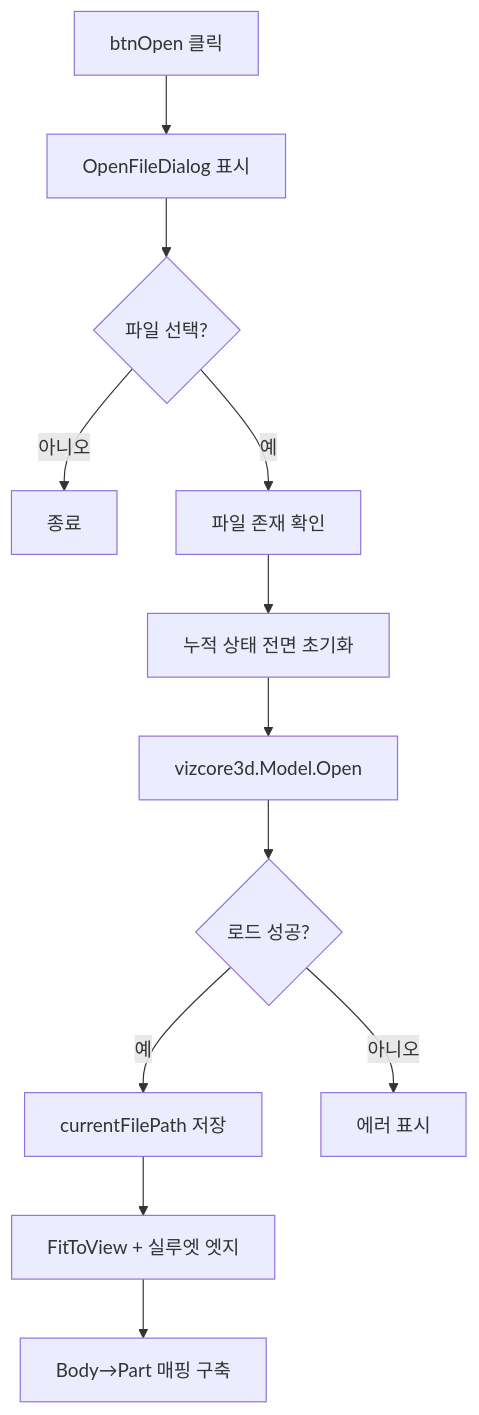
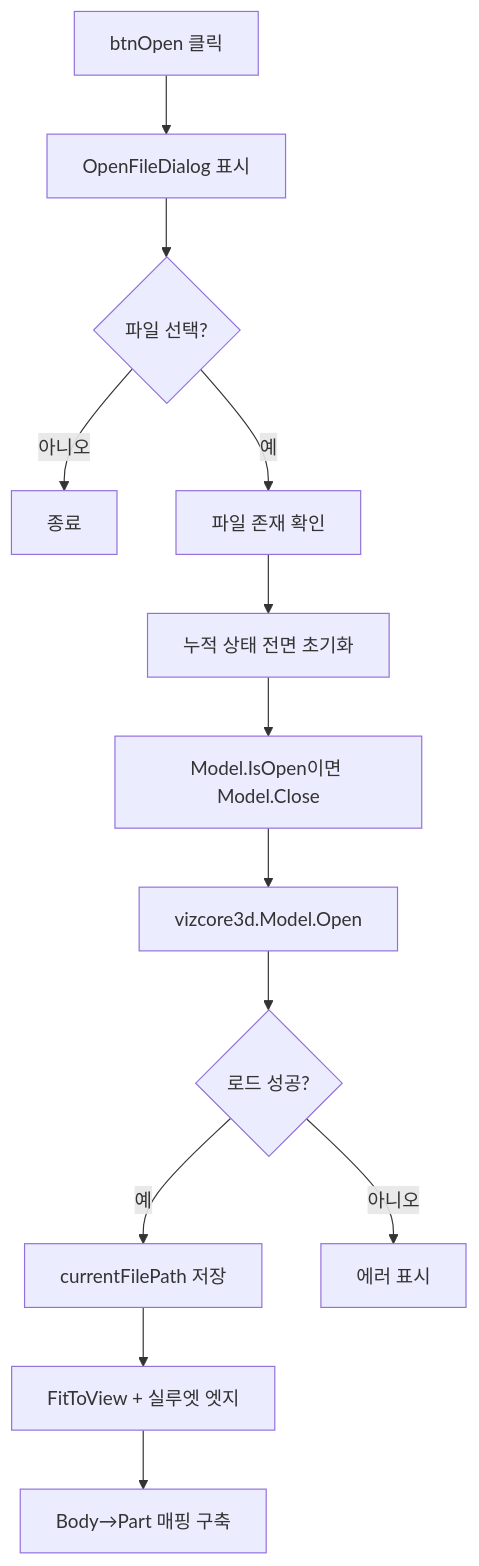
Before and after one commit to uuuuj/a2z: the diagram in docs/features/bom/open-model.md, drawn with Mermaid. The commit also changed other lines of this file and 9 other files, not shown here.

````diff
--- a/docs/features/bom/open-model.md
+++ b/docs/features/bom/open-model.md
@@ -29,14 +29,15 @@
 ```mermaid
 flowchart TD
     A[btnOpen 클릭] --> B[OpenFileDialog 표시]
     B --> C{파일 선택?}
     C -- 아니오 --> X[종료]
     C -- 예 --> D[파일 존재 확인]
     D --> E[누적 상태 전면 초기화]
-    E --> F[vizcore3d.Model.Open]
+    E --> EC[Model.IsOpen이면 Model.Close]
+    EC --> F[vizcore3d.Model.Open]
     F --> G{로드 성공?}
     G -- 예 --> H[currentFilePath 저장]
     H --> I[FitToView + 실루엣 엣지]
     I --> J[Body→Part 매핑 구축]
     G -- 아니오 --> E02[에러 표시]
 ```
````
